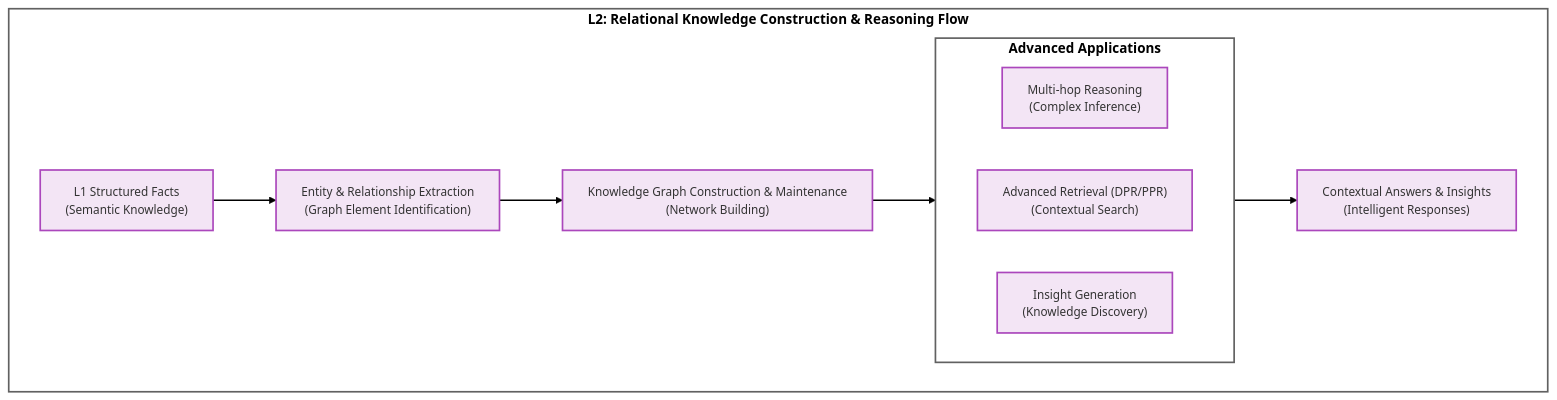
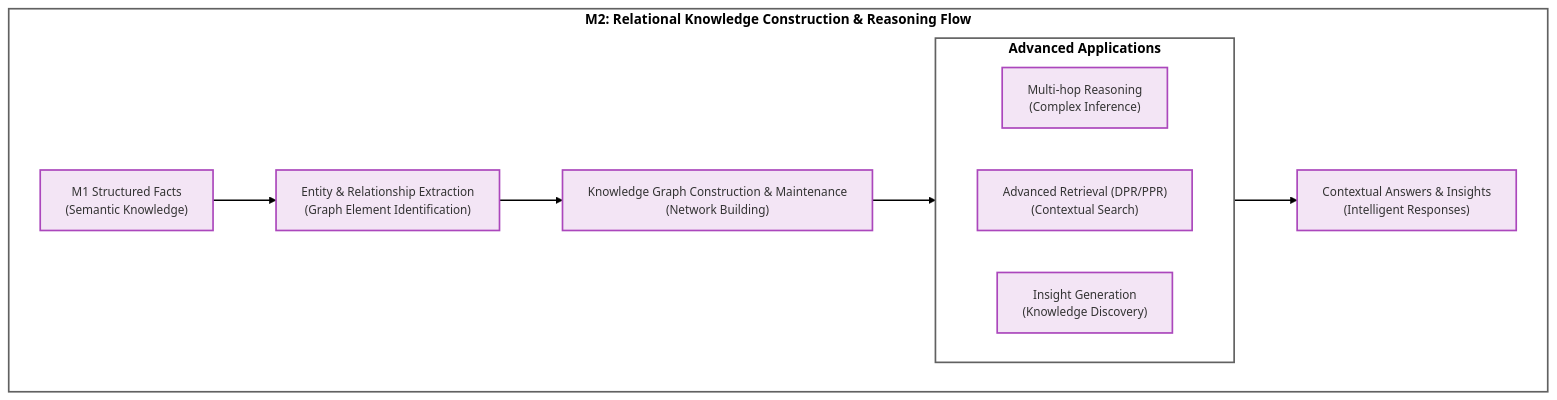
Before and after one commit to memfuse/memfuse: the third of 8 diagrams in docs/architecture/memory.md, drawn with Mermaid. The commit also changed other lines of this file and 24 other files, not shown here.

````diff
--- a/docs/architecture/memory.md
+++ b/docs/architecture/memory.md
@@ -540,25 +540,25 @@
 ```mermaid
 ---
 config:
   theme: neo
 ---
 graph TD
-    subgraph l2_flow ["L2: Relational Knowledge Construction & Reasoning Flow"]
-        Input["L1 Structured Facts<br/>(Semantic Knowledge)"] --> Extraction["Entity & Relationship Extraction<br/>(Graph Element Identification)"]
+    subgraph m2_flow ["M2: Relational Knowledge Construction & Reasoning Flow"]
+        Input["M1 Structured Facts<br/>(Semantic Knowledge)"] --> Extraction["Entity & Relationship Extraction<br/>(Graph Element Identification)"]
         Extraction --> KG["Knowledge Graph Construction & Maintenance<br/>(Network Building)"]
         subgraph reasoning_sub ["Advanced Applications"]
             direction LR
             Reasoning["Multi-hop Reasoning<br/>(Complex Inference)"]
             Retrieval["Advanced Retrieval (DPR/PPR)<br/>(Contextual Search)"]
             Insights["Insight Generation<br/>(Knowledge Discovery)"]
         end
         KG --> reasoning_sub
         reasoning_sub --> Output["Contextual Answers & Insights<br/>(Intelligent Responses)"]
     end
     classDef default fill:#fff,stroke:#333,stroke-width:2px,font-size:14px,white-space:nowrap;
     classDef header_style stroke:#616161,stroke-width:2px,color:black,font-weight:bold,font-size:16px,white-space:nowrap;
     classDef node_style fill:#F3E5F5,stroke:#AB47BC;
     class Input,Extraction,KG,Reasoning,Retrieval,Insights,Output node_style;
-    l2_flow:::header_style;
+    m2_flow:::header_style;
     reasoning_sub:::header_style;
 ```
````
